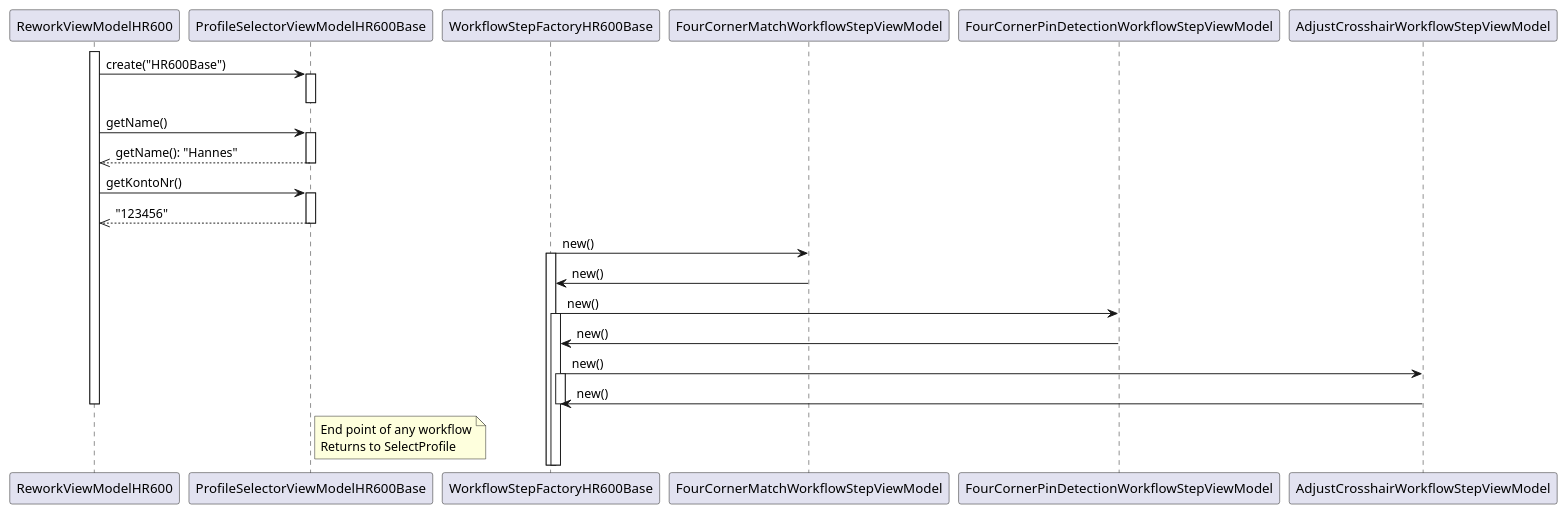
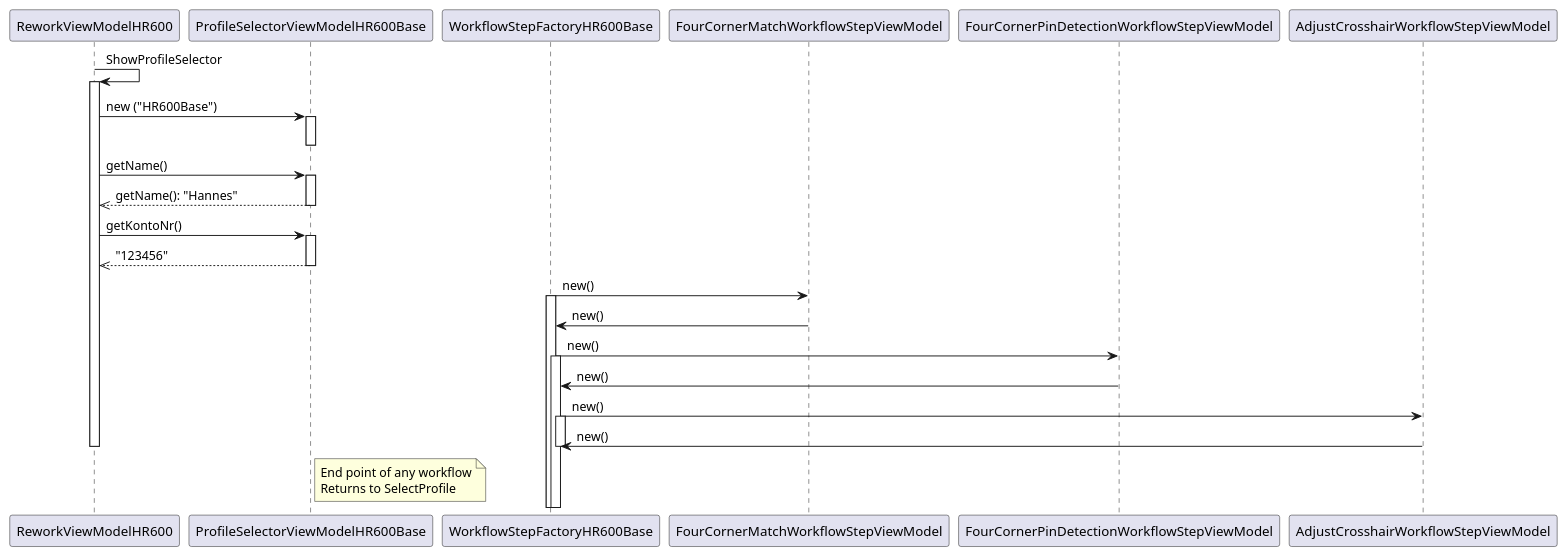
Before and after one commit to udohof/UML: the diagram in ReworkViewModel.puml, drawn with PlantUML. The commit also changed 7 other files, not shown here.

Commit message:
Remove obsolete FourCornerPinDetection diagram and add comprehensive diagrams for AdjustCrosshairForBigBGA, FindFourCornerMatchProcess, FourCornerPinDetectionProcess, ComponentManagerFactoryHR600Base, and ReworkWorkflowViewModelHR600Base.

```diff
--- a/ReworkViewModel.puml
+++ b/ReworkViewModel.puml
@@ -1,41 +1,42 @@
 @startuml ReworkViewModelHR600
+ReworkViewModelHR600-> ReworkViewModelHR600: ShowProfileSelector
 activate ReworkViewModelHR600
 
-ReworkViewModelHR600-> ProfileSelectorViewModelHR600Base: create("HR600Base")
+ReworkViewModelHR600-> ProfileSelectorViewModelHR600Base: new ("HR600Base")
 activate ProfileSelectorViewModelHR600Base
 deactivate ProfileSelectorViewModelHR600Base
 
 ReworkViewModelHR600-> ProfileSelectorViewModelHR600Base: getName()
 activate ProfileSelectorViewModelHR600Base
 ReworkViewModelHR600<<-- ProfileSelectorViewModelHR600Base: getName(): "Hannes"
 deactivate ProfileSelectorViewModelHR600Base
 
 ReworkViewModelHR600-> ProfileSelectorViewModelHR600Base: getKontoNr()
 activate ProfileSelectorViewModelHR600Base
 ReworkViewModelHR600<<-- ProfileSelectorViewModelHR600Base: "123456"
 deactivate ProfileSelectorViewModelHR600Base
 
 WorkflowStepFactoryHR600Base-> FourCornerMatchWorkflowStepViewModel: new()
 activate WorkflowStepFactoryHR600Base
 FourCornerMatchWorkflowStepViewModel-> WorkflowStepFactoryHR600Base: new()
 
 
 WorkflowStepFactoryHR600Base-> FourCornerPinDetectionWorkflowStepViewModel: new()
 activate WorkflowStepFactoryHR600Base
 FourCornerPinDetectionWorkflowStepViewModel-> WorkflowStepFactoryHR600Base: new()
 
 
 
 WorkflowStepFactoryHR600Base-> AdjustCrosshairWorkflowStepViewModel: new()
 activate WorkflowStepFactoryHR600Base
 AdjustCrosshairWorkflowStepViewModel-> WorkflowStepFactoryHR600Base: new()
 deactivate WorkflowStepFactoryHR600Base
 
 deactivate ReworkViewModelHR600
 
 note right of ProfileSelectorViewModelHR600Base
   End point of any workflow
   Returns to SelectProfile
 end note
 
 @enduml
```
